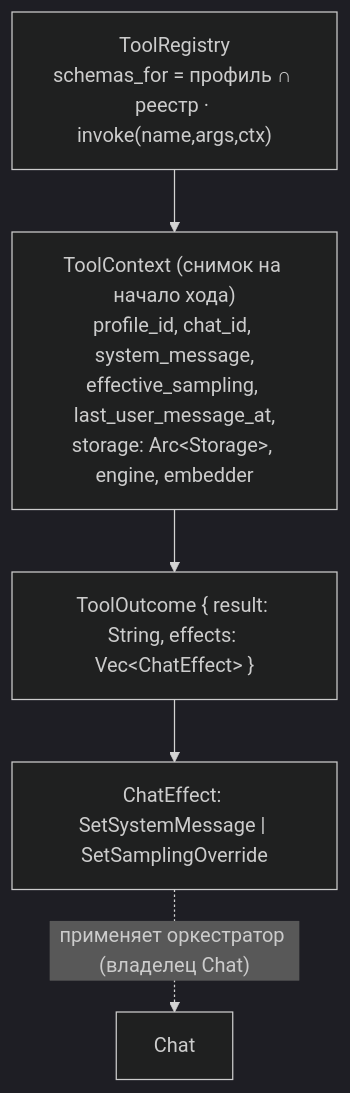
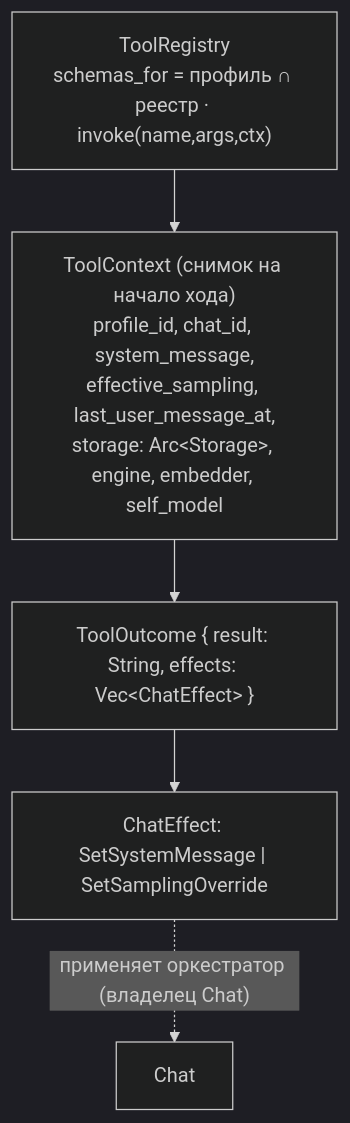
Before and after one commit to vshylov/mindfork-rs: the tenth of 12 diagrams in docs/architecture.md, drawn with Mermaid (dark theme). The commit also changed other lines of this file and 13 other files, not shown here.

````diff
--- a/docs/architecture.md
+++ b/docs/architecture.md
@@ -560,12 +561,12 @@
 ```mermaid
 flowchart TB
     REG["ToolRegistry<br/>schemas_for = профиль ∩ реестр · invoke(name,args,ctx)"]
-    CTX["ToolContext (снимок на начало хода)<br/>profile_id, chat_id, system_message,<br/>effective_sampling, last_user_message_at,<br/>storage: Arc&lt;Storage&gt;, engine, embedder"]
+    CTX["ToolContext (снимок на начало хода)<br/>profile_id, chat_id, system_message,<br/>effective_sampling, last_user_message_at,<br/>storage: Arc&lt;Storage&gt;, engine, embedder, self_model"]
     OUT["ToolOutcome { result: String, effects: Vec&lt;ChatEffect&gt; }"]
     EFF["ChatEffect: SetSystemMessage | SetSamplingOverride"]
 
     REG --> CTX
     CTX --> OUT
     OUT --> EFF
     EFF -. "применяет оркестратор (владелец Chat)" .-> ORCH["Chat"]
 ```
````
